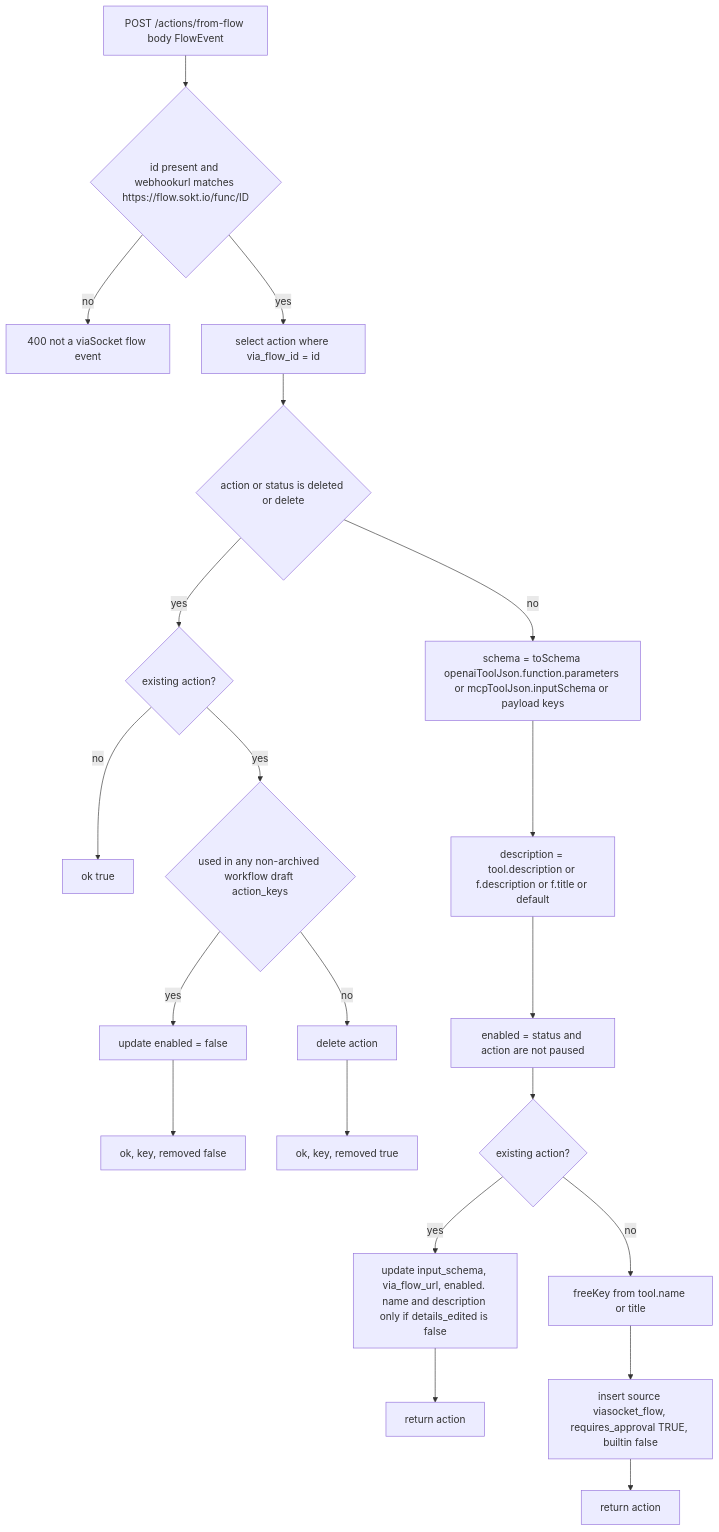
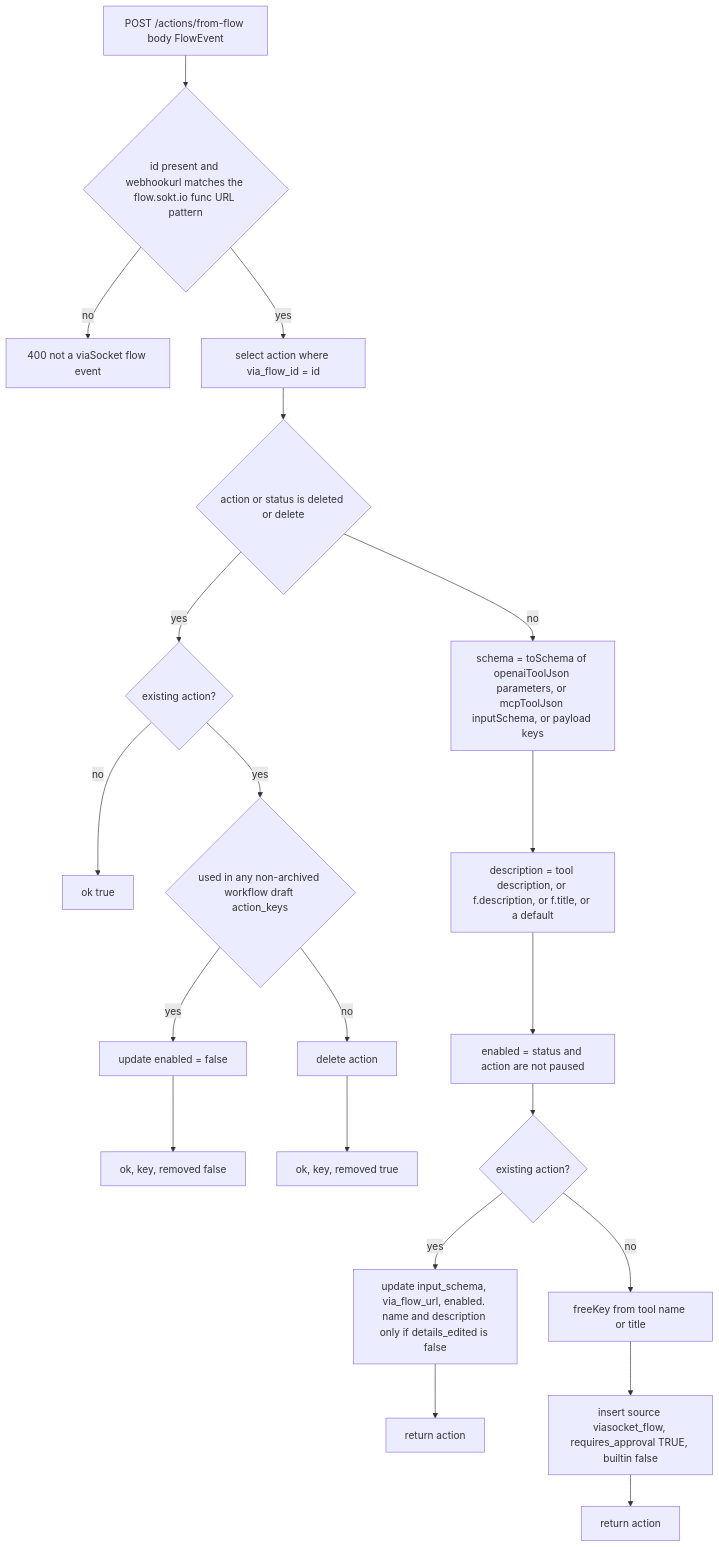
The sixth of 18 diagrams in docs/BACKEND_END_TO_END_DOCUMENTATION.md (punit-walkover/workflow-poc-agentic), drawn with Mermaid before and after one commit. The commit also changed other lines of this file and 3 other files, not shown here.

````diff
--- a/docs/BACKEND_END_TO_END_DOCUMENTATION.md
+++ b/docs/BACKEND_END_TO_END_DOCUMENTATION.md
@@ -540,18 +543,18 @@
 ```mermaid
 flowchart TD
-  A[POST /actions/from-flow body FlowEvent] --> B{id present and webhookurl matches https://flow.sokt.io/func/ID}
+  A[POST /actions/from-flow body FlowEvent] --> B{id present and webhookurl matches the flow.sokt.io func URL pattern}
   B -- no --> E400[400 not a viaSocket flow event]
   B -- yes --> C[select action where via_flow_id = id]
   C --> D{action or status is deleted or delete}
   D -- yes --> D1{existing action?}
   D1 -- no --> OK1[ok true]
   D1 -- yes --> D2{used in any non-archived workflow draft action_keys}
   D2 -- yes --> DIS[update enabled = false] --> OK2[ok, key, removed false]
   D2 -- no --> DEL[delete action] --> OK3[ok, key, removed true]
-  D -- no --> S[schema = toSchema openaiToolJson.function.parameters or mcpToolJson.inputSchema or payload keys]
-  S --> T[description = tool.description or f.description or f.title or default]
+  D -- no --> S[schema = toSchema of openaiToolJson parameters, or mcpToolJson inputSchema, or payload keys]
+  S --> T[description = tool description, or f.description, or f.title, or a default]
   T --> U[enabled = status and action are not paused]
   U --> V{existing action?}
   V -- yes --> UPD[update input_schema, via_flow_url, enabled. name and description only if details_edited is false] --> RET1[return action]
-  V -- no --> K[freeKey from tool.name or title] --> INS[insert source viasocket_flow, requires_approval TRUE, builtin false] --> RET2[return action]
+  V -- no --> K[freeKey from tool name or title] --> INS[insert source viasocket_flow, requires_approval TRUE, builtin false] --> RET2[return action]
 ```
````
